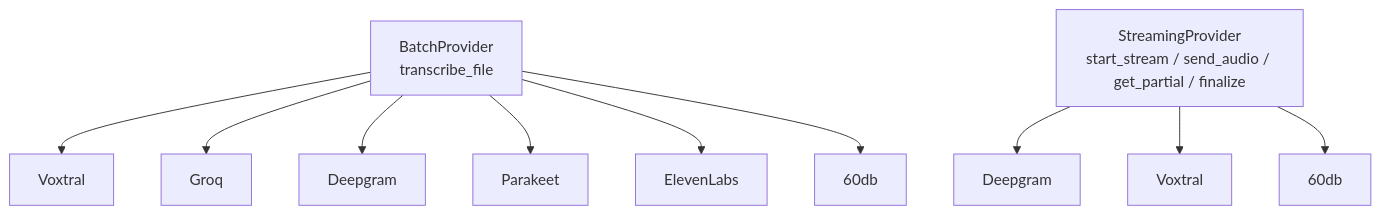
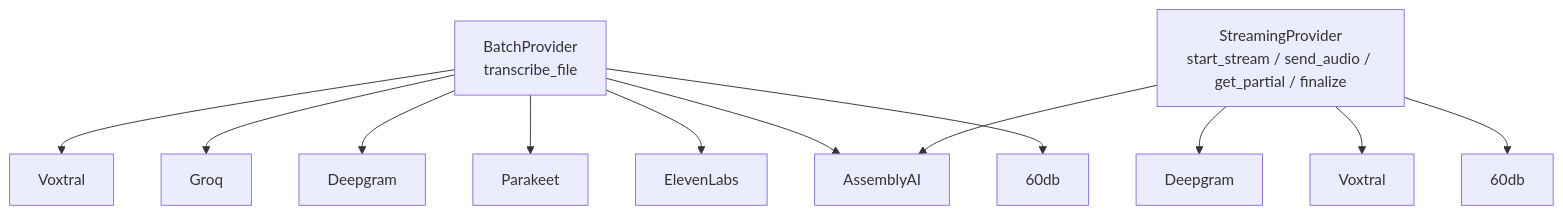
Before and after one commit to happytomatoe/fedora-speech-to-text: the third of 3 diagrams in docs/architecture.md, drawn with Mermaid. The commit also changed other lines of this file and 11 other files, not shown here.

````diff
--- a/docs/architecture.md
+++ b/docs/architecture.md
@@ -164,17 +164,19 @@
 ```mermaid
 graph TB
     BP[BatchProvider<br/>transcribe_file]
 
     BP --> Voxtral
     BP --> Groq
     BP --> Deepgram
     BP --> Parakeet
     BP --> ElevenLabs
+    BP --> AssemblyAI
     BP --> 60db
 
     SP[StreamingProvider<br/>start_stream / send_audio / get_partial / finalize]
 
     SP --> DeepgramS[Deepgram]
     SP --> VoxtralS[Voxtral]
+    SP --> AssemblyAI
     SP --> 60dbS[60db]
 ```
````
